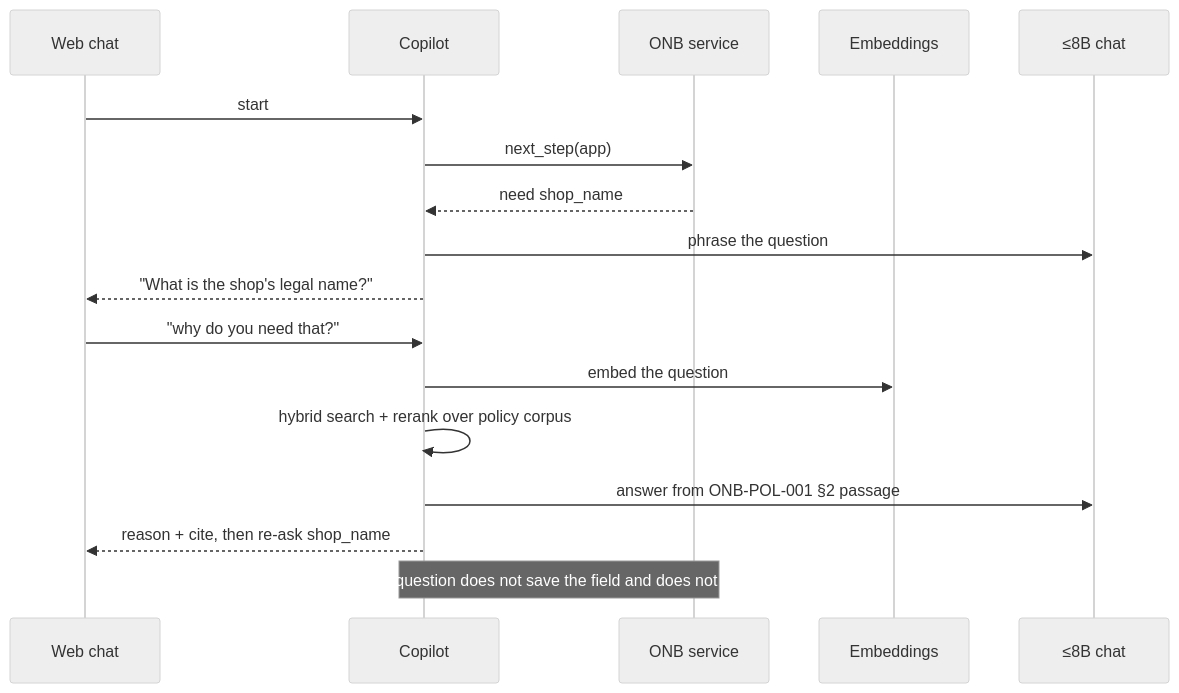
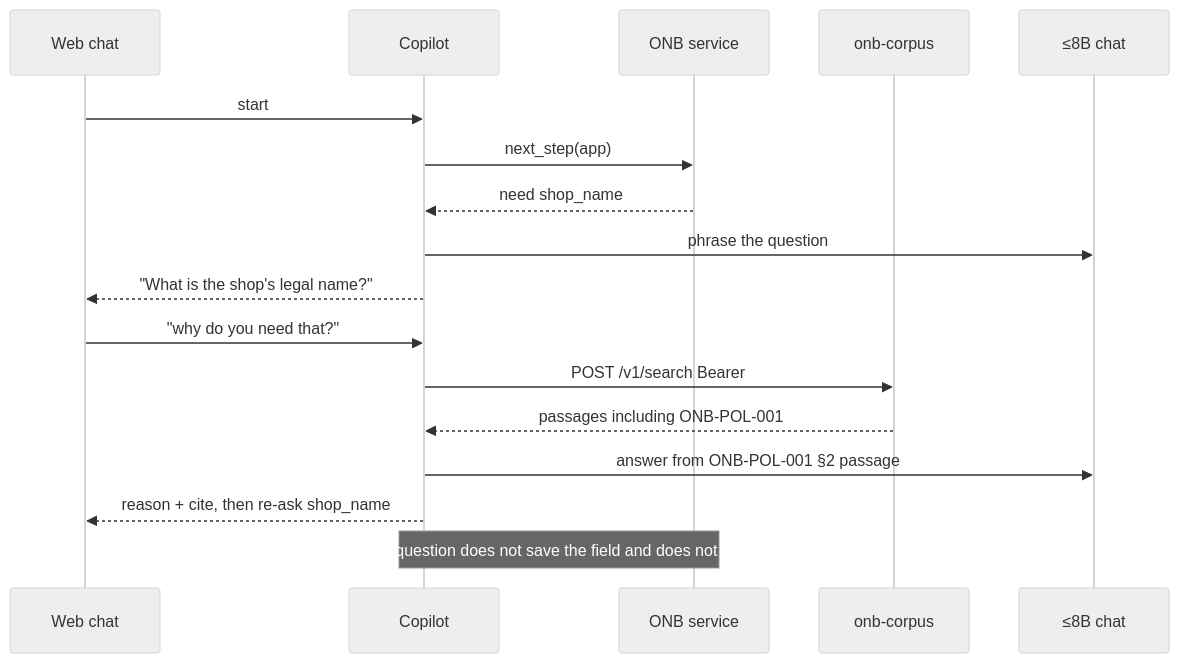
Before and after one commit to Capstone-iPe/analysis: the second of 6 diagrams in docs/ADR-0001-architecture.md, drawn with Mermaid (neutral theme). The commit also changed other lines of this file and 3 other files, not shown here.

First line of the commit message:
Point ADR, README, and mentor dashboard at onb-corpus search.

````diff
--- a/docs/ADR-0001-architecture.md
+++ b/docs/ADR-0001-architecture.md
@@ -102,21 +105,21 @@
 ```mermaid
 sequenceDiagram
   participant FE as Web chat
   participant A as Copilot
   participant ONB as ONB service
-  participant E as Embeddings
+  participant C as onb-corpus
   participant M as ≤8B chat
 
   FE->>A: start
   A->>ONB: next_step(app)
   ONB-->>A: need shop_name
   A->>M: phrase the question
   A-->>FE: "What is the shop's legal name?"
 
   FE->>A: "why do you need that?"
-  A->>E: embed the question
-  A->>A: hybrid search + rerank over policy corpus
+  A->>C: POST /v1/search Bearer
+  C-->>A: passages including ONB-POL-001
   A->>M: answer from ONB-POL-001 §2 passage
   A-->>FE: reason + cite, then re-ask shop_name
   Note over A,ONB: a why question does not save the field and does not submit
 ```
````
